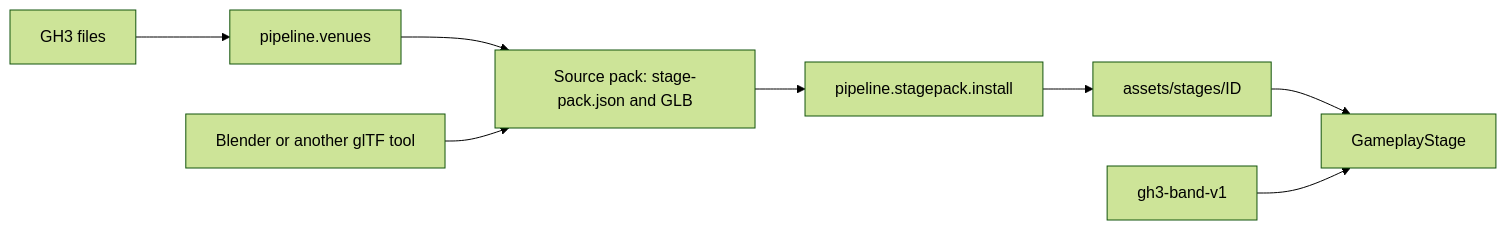
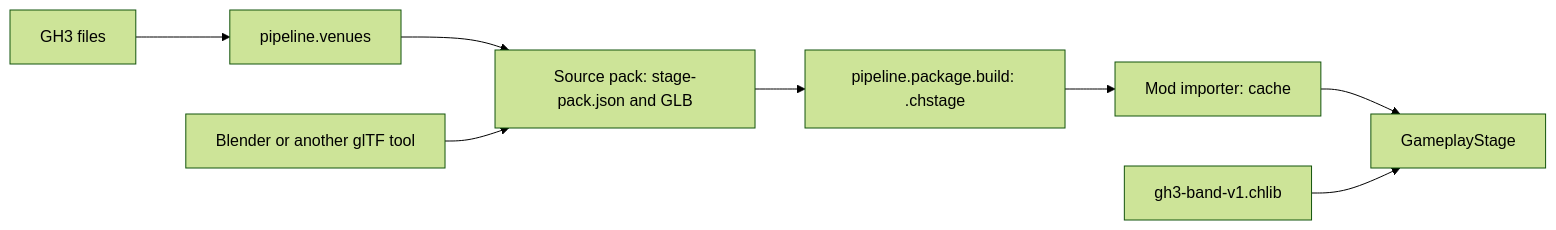
The second of 2 diagrams in docs/CUSTOM-CONTENT.md (heditwo/gh3-clonehero-skin), drawn with Mermaid (forest theme) before and after one commit. The commit also changed other lines of this file and 22 other files, not shown here.

````diff
--- a/docs/CUSTOM-CONTENT.md
+++ b/docs/CUSTOM-CONTENT.md
@@ -278,10 +264,10 @@
 ```mermaid
 flowchart LR
     GH3[GH3 files] --> Venues[pipeline.venues]
     Venues --> Source[Source pack: stage-pack.json and GLB]
     Tools[Blender or another glTF tool] --> Source
-    Source --> Install[pipeline.stagepack.install]
-    Install --> Compiled[assets/stages/ID]
-    Compiled --> Loader[GameplayStage]
-    Library[gh3-band-v1] --> Loader
+    Source --> Package[pipeline.package.build: .chstage]
+    Package --> Cache[Mod importer: cache]
+    Cache --> Loader[GameplayStage]
+    Library[gh3-band-v1.chlib] --> Loader
 ```
````
